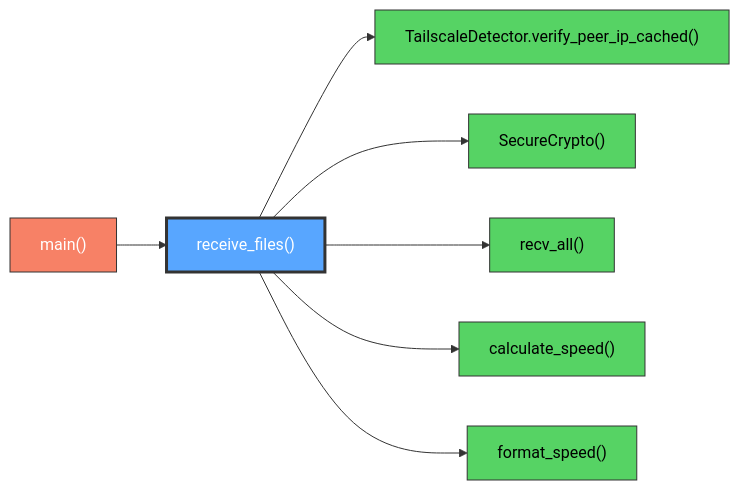
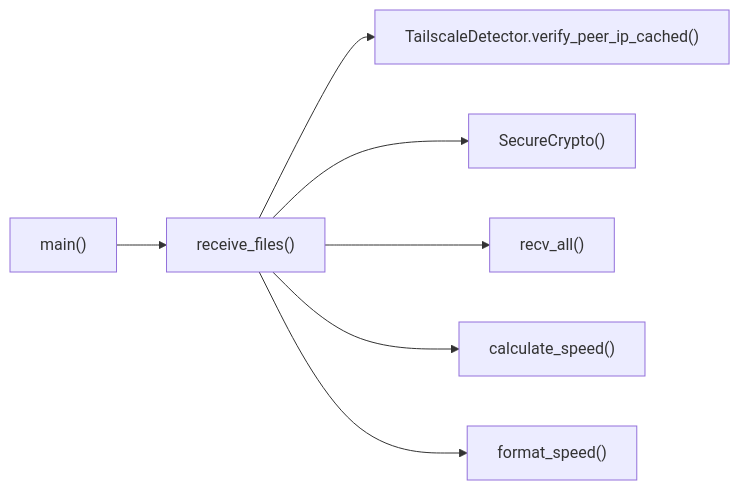
Before and after one commit to proudsunburn/ftransfer: the first of 3 diagrams in docs/receive_files.md, drawn with Mermaid. The commit also changed other lines of this file and 23 other files, not shown here.

Commit message:
MINOR: Remove colors from mermaid for easy light/dark mode switching

````diff
--- a/docs/receive_files.md
+++ b/docs/receive_files.md
@@ -11,21 +11,17 @@
 ```mermaid
 graph LR
-    main["main()"]:::red
-    receive_files["receive_files()"]:::highlight
-    verify_peer_ip_cached["TailscaleDetector.verify_peer_ip_cached()"]:::green
-    crypto_init["SecureCrypto()"]:::green
-    recv_all["recv_all()"]:::green
-    calculate_speed["calculate_speed()"]:::green
-    format_speed["format_speed()"]:::green
+    main["main()"]
+    receive_files["receive_files()"]
+    verify_peer_ip_cached["TailscaleDetector.verify_peer_ip_cached()"]
+    crypto_init["SecureCrypto()"]
+    recv_all["recv_all()"]
+    calculate_speed["calculate_speed()"]
+    format_speed["format_speed()"]
 
     main --> receive_files
     receive_files --> verify_peer_ip_cached
     receive_files --> crypto_init
     receive_files --> recv_all
     receive_files --> calculate_speed
     receive_files --> format_speed
-
-    classDef red fill:#f78166,stroke:#333,color:#fff
-    classDef highlight fill:#58a6ff,stroke:#333,color:#fff,stroke-width:3px
-    classDef green fill:#56d364,stroke:#333,color:#000
 ```
````
